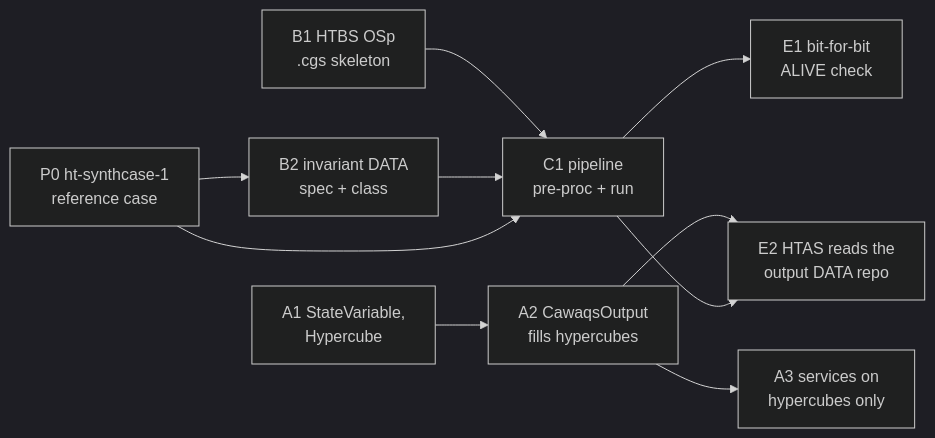
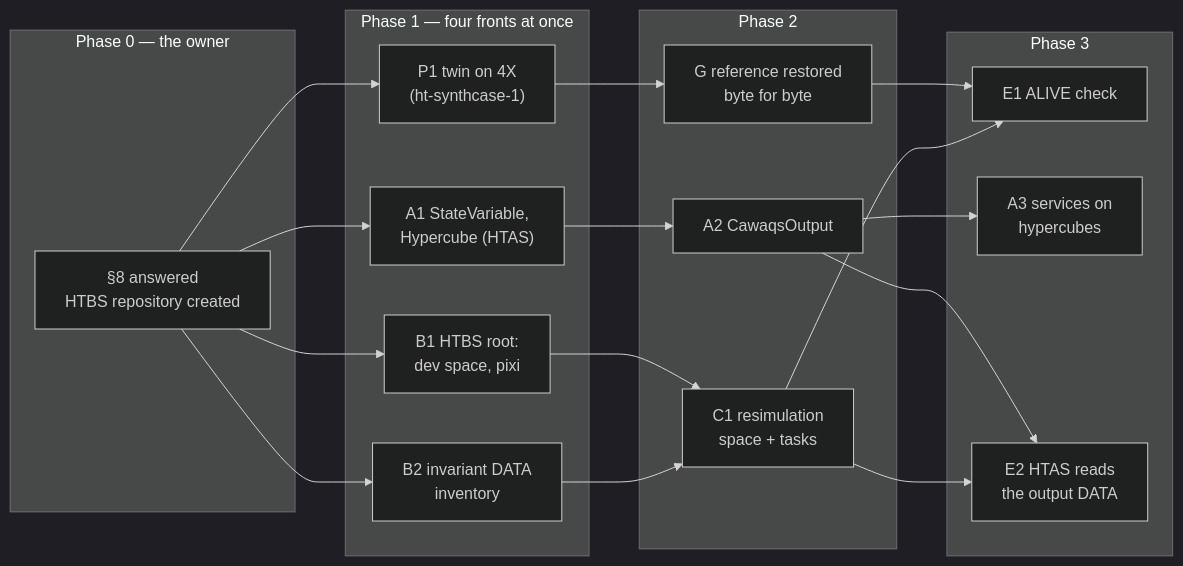
One commit to flipoyo/.dev changed the second of 2 diagrams in DevTickets/openTickets/HT-BETA_1-3_HtbsFirstSpecs_DevPlanTicket.md. Above: the diagram before and after it, drawn with Mermaid (dark theme). The commit also changed other lines of this file and 4 other files, not shown here.

````diff
--- a/DevTickets/openTickets/HT-BETA_1-3_HtbsFirstSpecs_DevPlanTicket.md
+++ b/DevTickets/openTickets/HT-BETA_1-3_HtbsFirstSpecs_DevPlanTicket.md
@@ -161,13 +318,32 @@
 ```mermaid
 graph LR
-    P0["P0 ht-synthcase-1<br/>reference case"]
-    A1["A1 StateVariable,<br/>Hypercube"] --> A2["A2 CawaqsOutput<br/>fills hypercubes"]
-    A2 --> A3["A3 services on<br/>hypercubes only"]
-    B1["B1 HTBS OSp<br/>.cgs skeleton"] --> C1
-    B2["B2 invariant DATA<br/>spec + class"] --> C1["C1 pipeline<br/>pre-proc + run"]
-    P0 --> B2
-    P0 --> C1
-    C1 --> E1["E1 bit-for-bit<br/>ALIVE check"]
-    A2 --> E2["E2 HTAS reads the<br/>output DATA repo"]
+    subgraph P0["Phase 0 — the owner"]
+        D["§8 answered<br/>HTBS repository created"]
+    end
+    subgraph P1["Phase 1 — four fronts at once"]
+        P1T["P1 twin on 4X<br/>(ht-synthcase-1)"]
+        A1["A1 StateVariable,<br/>Hypercube (HTAS)"]
+        B1["B1 HTBS root:<br/>dev space, pixi"]
+        B2["B2 invariant DATA<br/>inventory"]
+    end
+    subgraph P2["Phase 2"]
+        G["G reference restored<br/>byte for byte"]
+        A2["A2 CawaqsOutput"]
+        C1["C1 resimulation<br/>space + tasks"]
+    end
+    subgraph P3["Phase 3"]
+        E1["E1 ALIVE check"]
+        A3["A3 services on<br/>hypercubes"]
+        E2["E2 HTAS reads<br/>the output DATA"]
+    end
+    D --> P1T & A1 & B1 & B2
+    P1T --> G
+    A1 --> A2
+    B1 --> C1
+    B2 --> C1
+    G --> E1
+    C1 --> E1
+    A2 --> A3
+    A2 --> E2
     C1 --> E2
 ```
````
